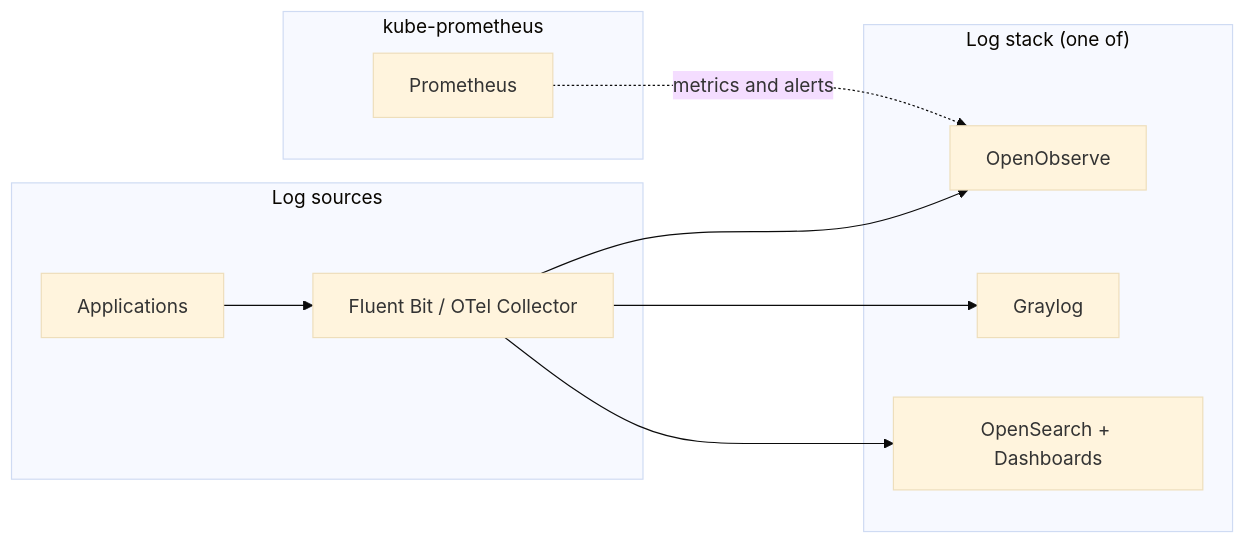
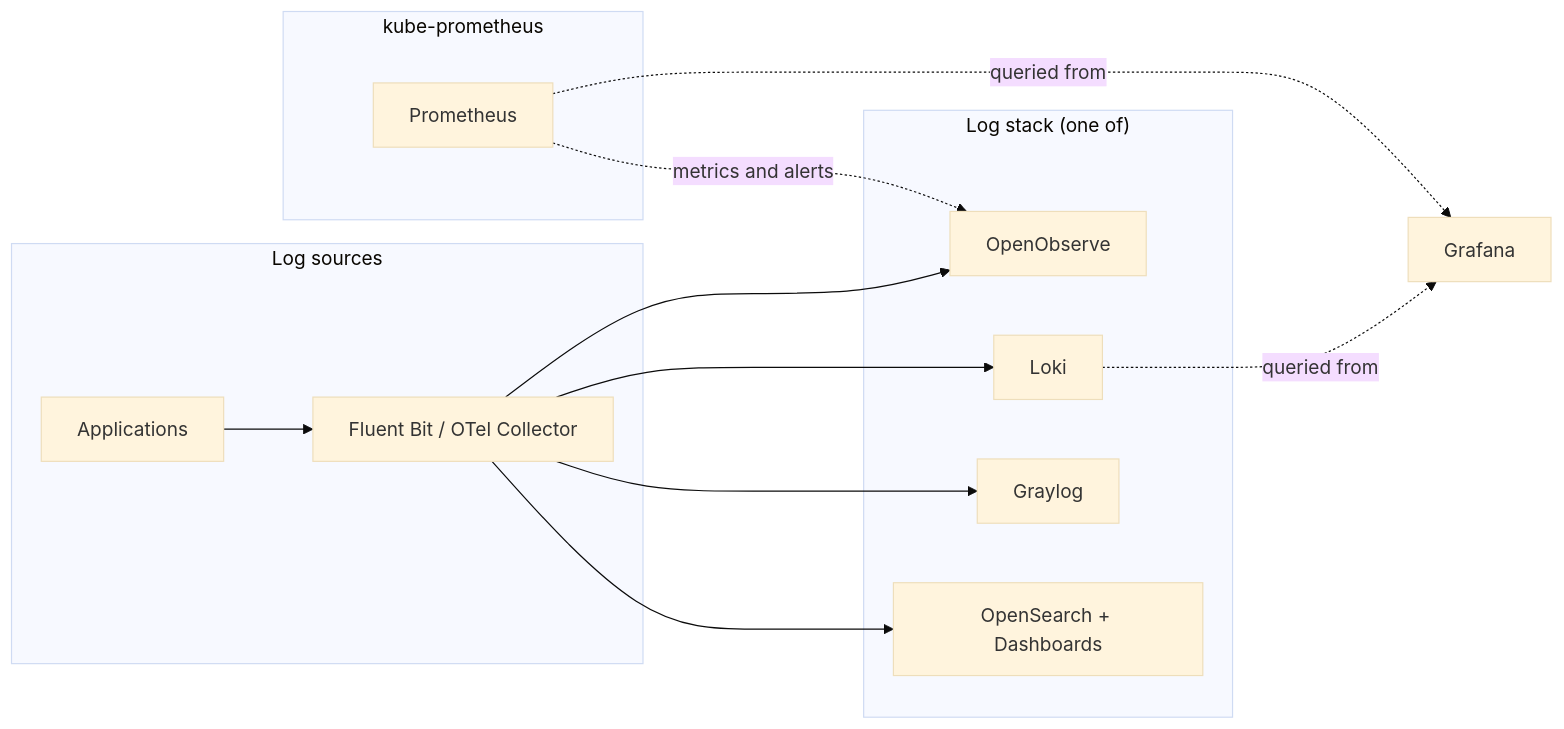
One commit to blackwoodseven/kubeaid changed the second of 2 diagrams in docs/monitoring.md. Above: the diagram before and after it, drawn with Mermaid (base theme). The commit also changed other lines of this file and 1 other file, not shown here.

Commit message:
docs(loki-stack): rewrite readme for the loki chart and list loki as a supported log option

````diff
--- a/docs/monitoring.md
+++ b/docs/monitoring.md
@@ -75,23 +85,27 @@
 ```mermaid
 flowchart LR
     subgraph Sources["Log sources"]
         Apps["Applications"]
         Collectors["Fluent Bit / OTel Collector"]
     end
 
     subgraph Logs["Log stack (one of)"]
         OO["OpenObserve"]
+        LK["Loki"]
         GL["Graylog"]
         OSD["OpenSearch + Dashboards"]
     end
 
     subgraph Metrics["kube-prometheus"]
         Prom["Prometheus"]
     end
 
     Collectors --> OO
+    Collectors --> LK
     Collectors --> GL
     Collectors --> OSD
     Apps --> Collectors
     Prom -. metrics and alerts .-> OO
+    LK -. queried from .-> Graf["Grafana"]
+    Prom -. queried from .-> Graf
 ```
````
